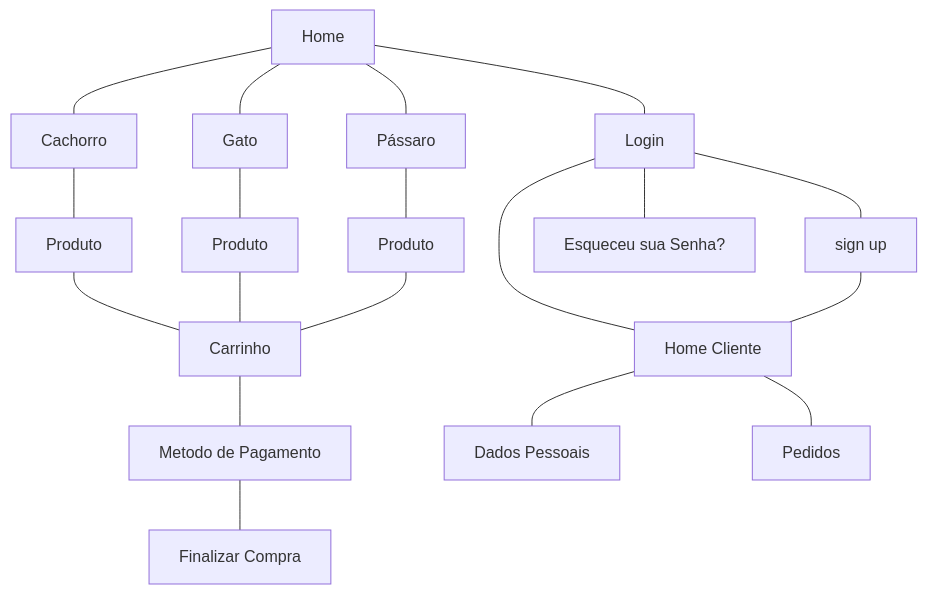
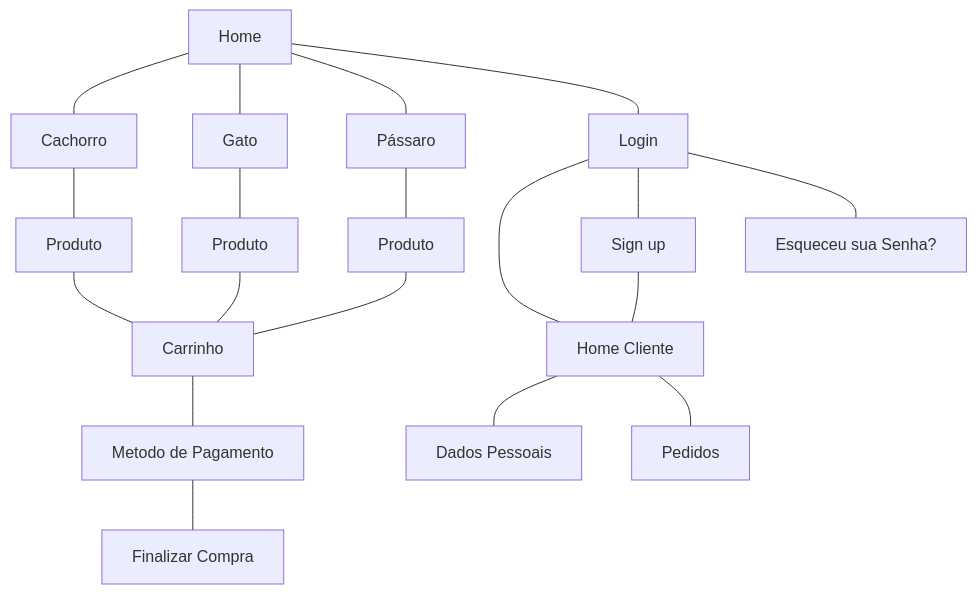
Before and after one commit to viniciussm07/pet-shop: the diagram in README.md, drawn with Mermaid.

````diff
--- a/README.md
+++ b/README.md
@@ -13,26 +13,26 @@
 ```mermaid
   graph TD;
       Home---Cachorro;
       Cachorro---produto1[Produto];
       
       Home---Gato;
       Gato---produto2[Produto];
       
       Home---Pássaro;
       Pássaro---produto3[Produto];
       
       Home---login[Login];
       login---homeCliente[Home Cliente]
+      login---register[Sign up]
       login---esqueciASenha[Esqueceu sua Senha?];
-      login---register[sign up]
       register---homeCliente
       homeCliente---dadosPessoais[Dados Pessoais]
       homeCliente---Pedidos
       
       produto1---carrinho[Carrinho]
       produto2---carrinho
       produto3---carrinho
       
       carrinho---metodoDePagamento[Metodo de Pagamento]
       metodoDePagamento---finalizarCompra[Finalizar Compra]
 ```
````
